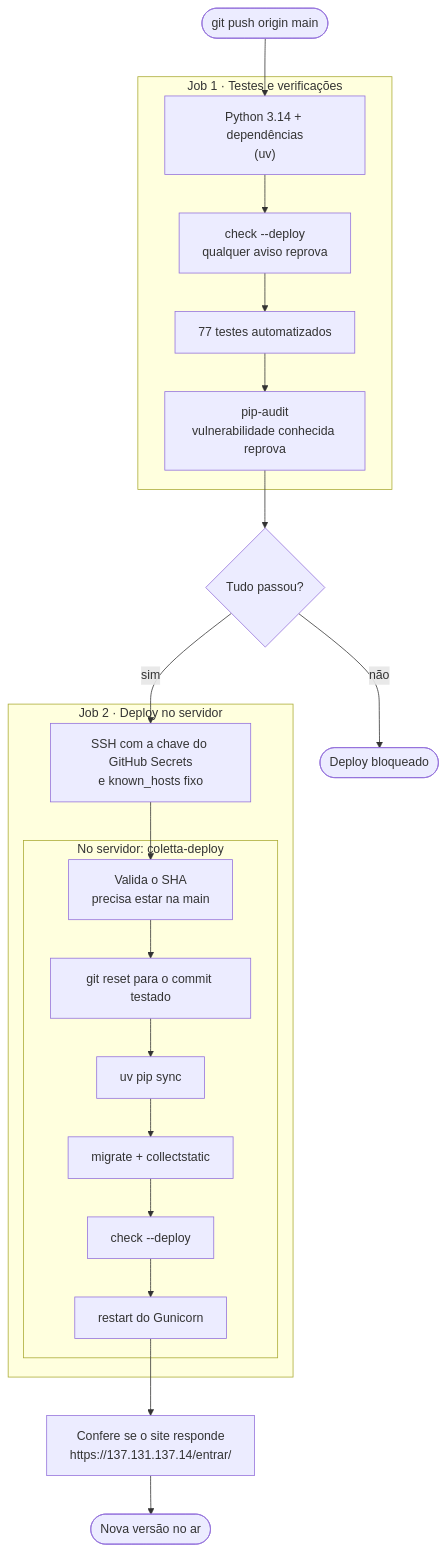
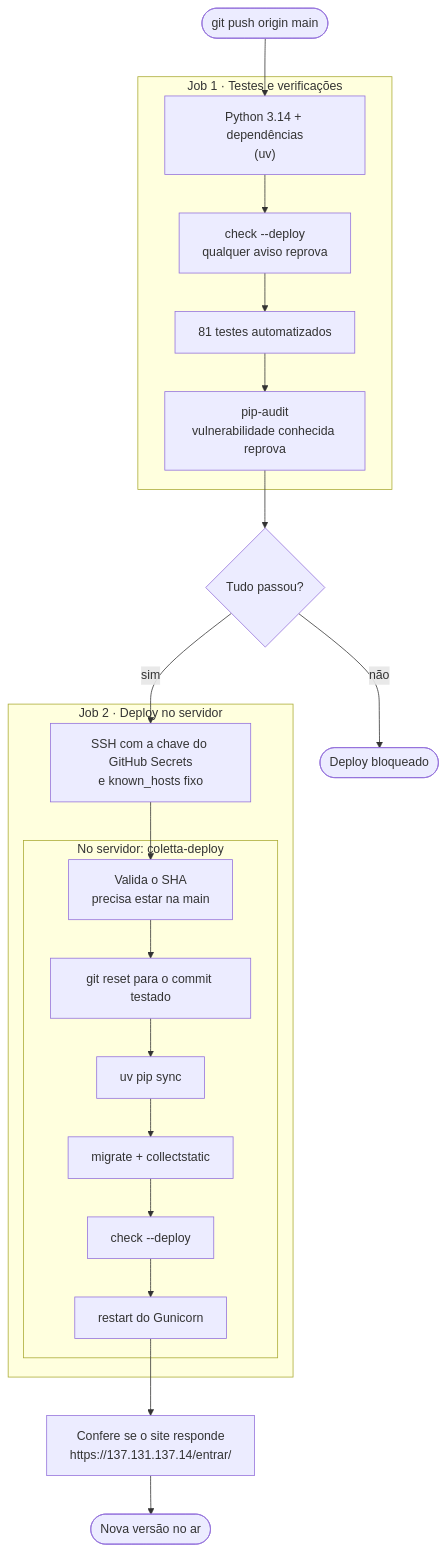
The third of 3 diagrams in README.md (lauannyrb/coletta), drawn with Mermaid before and after one commit. The commit also changed other lines of this file and 14 other files, not shown here.

````diff
--- a/README.md
+++ b/README.md
@@ -466,26 +477,26 @@
 ```mermaid
 flowchart TD
     A(["git push origin main"]) --> B
 
     subgraph CI["Job 1 · Testes e verificações"]
         B["Python 3.14 + dependências<br/>(uv)"] --> C["check --deploy<br/>qualquer aviso reprova"]
-        C --> T["77 testes automatizados"]
+        C --> T["81 testes automatizados"]
         T --> P["pip-audit<br/>vulnerabilidade conhecida reprova"]
     end
 
     P --> OK{"Tudo passou?"}
     OK -->|não| X(["Deploy bloqueado"])
     OK -->|sim| S
 
     subgraph CD["Job 2 · Deploy no servidor"]
         S["SSH com a chave do GitHub Secrets<br/>e known_hosts fixo"] --> R
         subgraph SRV["No servidor: coletta-deploy"]
             R["Valida o SHA<br/>precisa estar na main"] --> GR["git reset para o commit testado"]
             GR --> UV["uv pip sync"] --> M["migrate + collectstatic"]
             M --> CK["check --deploy"] --> RS["restart do Gunicorn"]
         end
     end
 
     RS --> V["Confere se o site responde<br/>https://137.131.137.14/entrar/"]
     V --> Z(["Nova versão no ar"])
 ```
````
